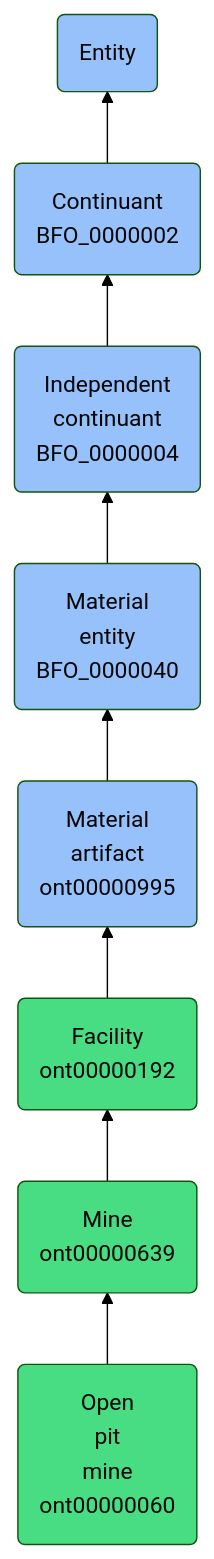
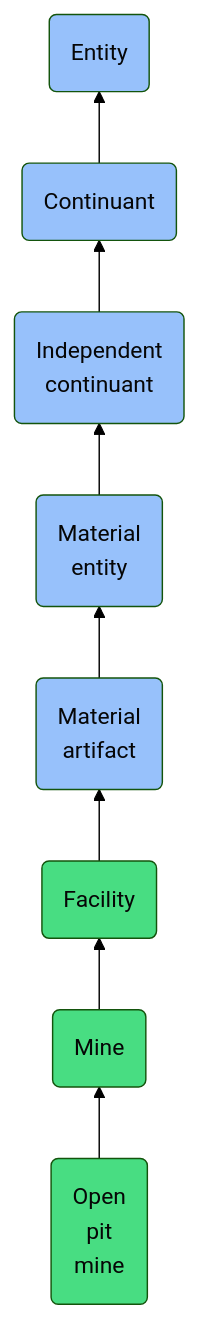
Before and after one commit to jupyter-naas/abi: the diagram in docs/ontology/reference/model/Entity/Continuant/Independent continuant/Material entity/Material artifact/Facility/Mine/Open pit mine/Open pit mine.md, drawn with Mermaid (forest theme). The commit also changed other lines of this file and 1430 other files, not shown here.

````diff
--- a/docs/ontology/reference/model/Entity/Continuant/Independent continuant/Material entity/Material artifact/Facility/Mine/Open pit mine/Open pit mine.md
+++ b/docs/ontology/reference/model/Entity/Continuant/Independent continuant/Material entity/Material artifact/Facility/Mine/Open pit mine/Open pit mine.md
@@ -24,15 +24,15 @@
 ```mermaid
 graph BT
-    ont00000060(Open<br>pit<br>mine<br>ont00000060):::ABI-->ont00000639
-    ont00000639(Mine<br>ont00000639):::ABI-->ont00000192
-    ont00000192(Facility<br>ont00000192):::ABI-->ont00000995
-    ont00000995(Material<br>artifact<br>ont00000995):::BFO-->BFO_0000040
-    BFO_0000040(Material<br>entity<br>BFO_0000040):::BFO-->BFO_0000004
-    BFO_0000004(Independent<br>continuant<br>BFO_0000004):::BFO-->BFO_0000002
-    BFO_0000002(Continuant<br>BFO_0000002):::BFO-->BFO_0000001
+    ont00000060(Open<br>pit<br>mine):::ABI-->ont00000639
+    ont00000639(Mine):::ABI-->ont00000192
+    ont00000192(Facility):::ABI-->ont00000995
+    ont00000995(Material<br>artifact):::BFO-->BFO_0000040
+    BFO_0000040(Material<br>entity):::BFO-->BFO_0000004
+    BFO_0000004(Independent<br>continuant):::BFO-->BFO_0000002
+    BFO_0000002(Continuant):::BFO-->BFO_0000001
     BFO_0000001(Entity):::BFO
     
     classDef BFO fill:#97c1fb,color:#060606
     classDef CCO fill:#e4c51e,color:#060606
     classDef ABI fill:#48DD82,color:#060606
 ```
````
